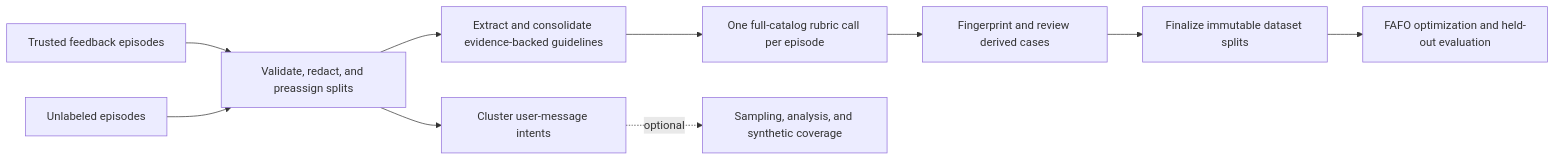
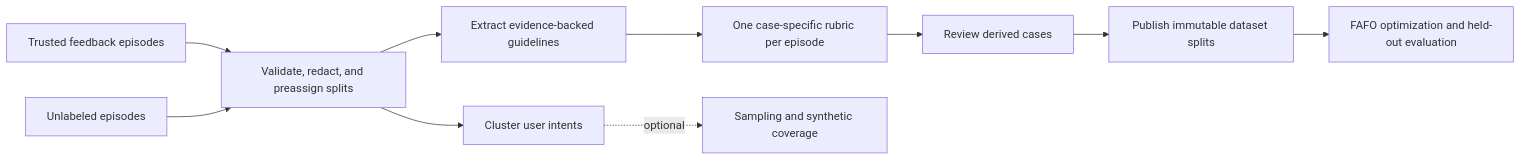
One commit to cisco-foundation-ai/fully-automated-prompt-optimization changed the diagram in README.md. Above: the diagram before and after it, drawn with Mermaid. The commit also changed other lines of this file and 1 other file, not shown here.

````diff
--- a/README.md
+++ b/README.md
@@ -180,12 +400,12 @@
 ```mermaid
 flowchart LR
     A[Trusted feedback episodes] --> P[Validate, redact, and preassign splits]
     U[Unlabeled episodes] --> P
-    P --> G[Extract and consolidate evidence-backed guidelines]
-    P --> C[Cluster user-message intents]
-    G --> R[One full-catalog rubric call per episode]
-    C -. optional .-> M[Sampling, analysis, and synthetic coverage]
-    R --> V[Fingerprint and review derived cases]
-    V --> D[Finalize immutable dataset splits]
+    P --> G[Extract evidence-backed guidelines]
+    P --> C[Cluster user intents]
+    G --> R[One case-specific rubric per episode]
+    C -. optional .-> M[Sampling and synthetic coverage]
+    R --> V[Review derived cases]
+    V --> D[Publish immutable dataset splits]
     D --> O[FAFO optimization and held-out evaluation]
 ```
````
